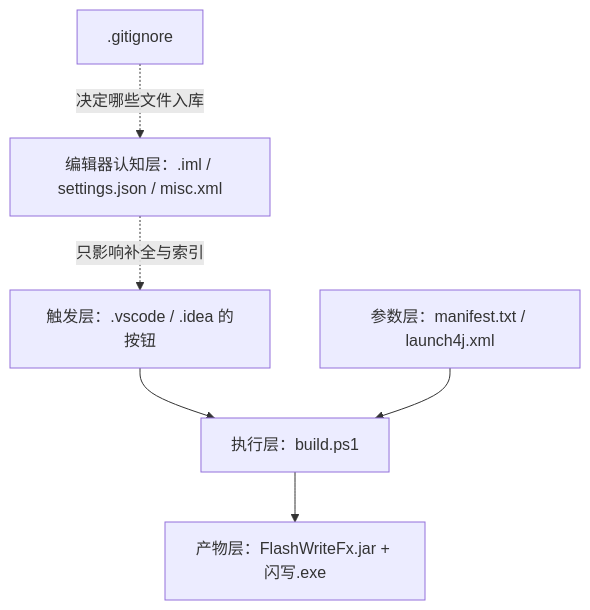
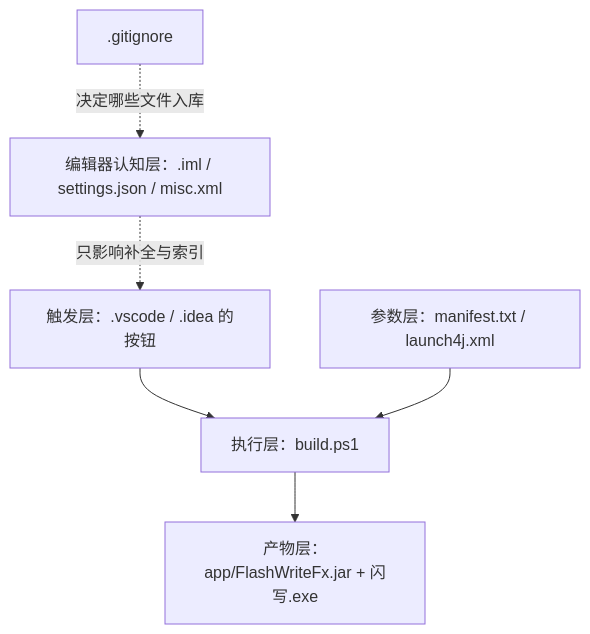
One commit to 8mengnuo/flash-write changed the fourth of 4 diagrams in docs/闪写开发手册.md. Above: the diagram before and after it, drawn with Mermaid. The commit also changed other lines of this file and 17 other files, not shown here.

````diff
--- a/docs/闪写开发手册.md
+++ b/docs/闪写开发手册.md
@@ -604,8 +613,8 @@
 ```mermaid
 flowchart TD
   T["触发层：.vscode / .idea 的按钮"] --> M["执行层：build.ps1"]
   P["参数层：manifest.txt / launch4j.xml"] --> M
-  M --> O["产物层：FlashWriteFx.jar + 闪写.exe"]
+  M --> O["产物层：app/FlashWriteFx.jar + 闪写.exe"]
   E["编辑器认知层：.iml / settings.json / misc.xml"] -.->|"只影响补全与索引"| T
   G[".gitignore"] -.->|"决定哪些文件入库"| E
 ```
````
